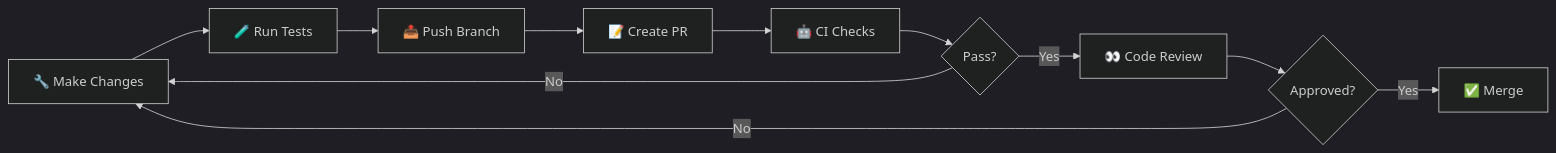
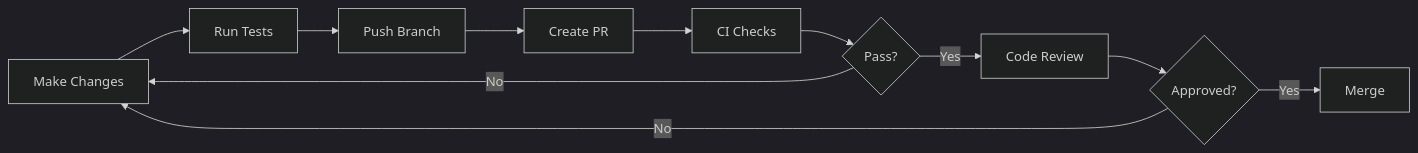
One commit to CHA0S-CORP/SkySpyDocs changed the second of 5 diagrams in docs/development/contributing.md. Above: the diagram before and after it, drawn with Mermaid (dark theme). The commit also changed other lines of this file, not shown here.

````diff
--- a/docs/development/contributing.md
+++ b/docs/development/contributing.md
@@ -582,13 +447,13 @@
 ```mermaid
 flowchart LR
-    A[🔧 Make Changes] --> B[🧪 Run Tests]
-    B --> C[📤 Push Branch]
-    C --> D[📝 Create PR]
-    D --> E[🤖 CI Checks]
+    A[Make Changes] --> B[Run Tests]
+    B --> C[Push Branch]
+    C --> D[Create PR]
+    D --> E[CI Checks]
     E --> F{Pass?}
     F -->|No| A
-    F -->|Yes| G[👀 Code Review]
+    F -->|Yes| G[Code Review]
     G --> H{Approved?}
     H -->|No| A
-    H -->|Yes| I[✅ Merge]
+    H -->|Yes| I[Merge]
 ```
````
